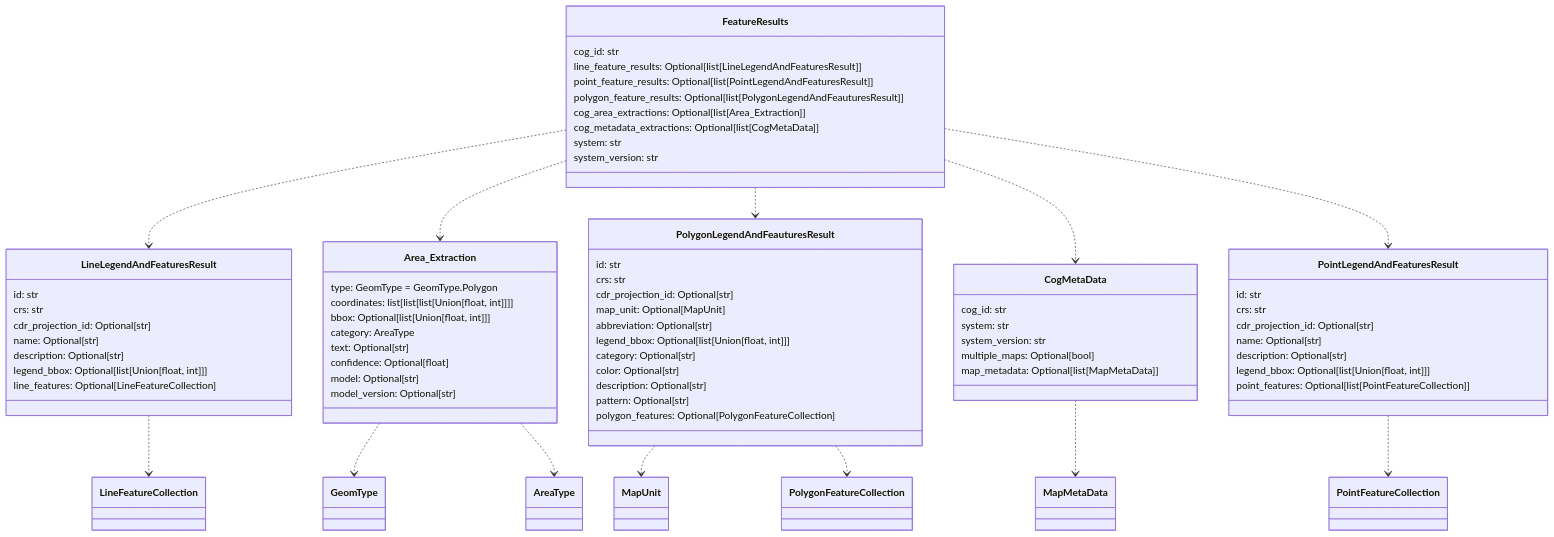
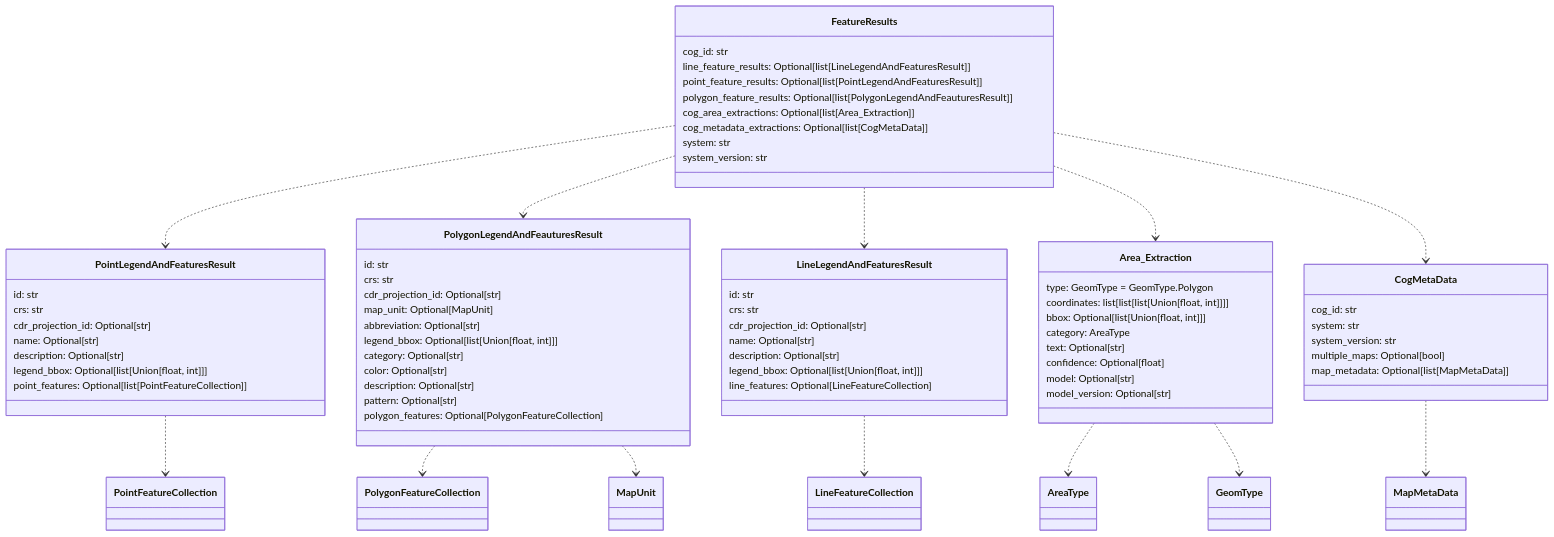
One commit to DARPA-CRITICALMAAS/cdr_schemas changed the fourth of 12 diagrams in README.md. Above: the diagram before and after it, drawn with Mermaid. The commit also changed other lines of this file and 1 other file, not shown here.

````diff
--- a/README.md
+++ b/README.md
@@ -188,82 +235,82 @@
 ```mermaid
 classDiagram
 
-    class FeatureResults {
-        cog_id: str
-        line_feature_results: Optional[list[LineLegendAndFeaturesResult]]
-        point_feature_results: Optional[list[PointLegendAndFeaturesResult]]
-        polygon_feature_results: Optional[list[PolygonLegendAndFeauturesResult]]
-        cog_area_extractions: Optional[list[Area_Extraction]]
-        cog_metadata_extractions: Optional[list[CogMetaData]]
-        system: str
-        system_version: str
+    class PointLegendAndFeaturesResult {
+        id: str
+        crs: str
+        cdr_projection_id: Optional[str]
+        name: Optional[str]
+        description: Optional[str]
+        legend_bbox: Optional[list[Union[float, int]]]
+        point_features: Optional[list[PointFeatureCollection]]
+    }
+
+    class PolygonLegendAndFeauturesResult {
+        id: str
+        crs: str
+        cdr_projection_id: Optional[str]
+        map_unit: Optional[MapUnit]
+        abbreviation: Optional[str]
+        legend_bbox: Optional[list[Union[float, int]]]
+        category: Optional[str]
+        color: Optional[str]
+        description: Optional[str]
+        pattern: Optional[str]
+        polygon_features: Optional[PolygonFeatureCollection]
     }
 
     class LineLegendAndFeaturesResult {
         id: str
         crs: str
         cdr_projection_id: Optional[str]
         name: Optional[str]
         description: Optional[str]
         legend_bbox: Optional[list[Union[float, int]]]
         line_features: Optional[LineFeatureCollection]
     }
 
     class Area_Extraction {
         type: GeomType = GeomType.Polygon
         coordinates: list[list[list[Union[float, int]]]]
         bbox: Optional[list[Union[float, int]]]
         category: AreaType
         text: Optional[str]
         confidence: Optional[float]
         model: Optional[str]
         model_version: Optional[str]
     }
 
-    class PolygonLegendAndFeauturesResult {
-        id: str
-        crs: str
-        cdr_projection_id: Optional[str]
-        map_unit: Optional[MapUnit]
-        abbreviation: Optional[str]
-        legend_bbox: Optional[list[Union[float, int]]]
-        category: Optional[str]
-        color: Optional[str]
-        description: Optional[str]
-        pattern: Optional[str]
-        polygon_features: Optional[PolygonFeatureCollection]
-    }
-
     class CogMetaData {
         cog_id: str
         system: str
         system_version: str
         multiple_maps: Optional[bool]
         map_metadata: Optional[list[MapMetaData]]
     }
 
-    class PointLegendAndFeaturesResult {
-        id: str
-        crs: str
-        cdr_projection_id: Optional[str]
-        name: Optional[str]
-        description: Optional[str]
-        legend_bbox: Optional[list[Union[float, int]]]
-        point_features: Optional[list[PointFeatureCollection]]
+    class FeatureResults {
+        cog_id: str
+        line_feature_results: Optional[list[LineLegendAndFeaturesResult]]
+        point_feature_results: Optional[list[PointLegendAndFeaturesResult]]
+        polygon_feature_results: Optional[list[PolygonLegendAndFeauturesResult]]
+        cog_area_extractions: Optional[list[Area_Extraction]]
+        cog_metadata_extractions: Optional[list[CogMetaData]]
+        system: str
+        system_version: str
     }
 
+    Area_Extraction ..> AreaType
     Area_Extraction ..> GeomType
-    Area_Extraction ..> AreaType
     LineLegendAndFeaturesResult ..> LineFeatureCollection
     PointLegendAndFeaturesResult ..> PointFeatureCollection
+    PolygonLegendAndFeauturesResult ..> PolygonFeatureCollection
     PolygonLegendAndFeauturesResult ..> MapUnit
-    PolygonLegendAndFeauturesResult ..> PolygonFeatureCollection
     CogMetaData ..> MapMetaData
+    FeatureResults ..> PointLegendAndFeaturesResult
+    FeatureResults ..> PolygonLegendAndFeauturesResult
     FeatureResults ..> LineLegendAndFeaturesResult
     FeatureResults ..> Area_Extraction
-    FeatureResults ..> PolygonLegendAndFeauturesResult
     FeatureResults ..> CogMetaData
-    FeatureResults ..> PointLegendAndFeaturesResult
 
 
 ```
````
